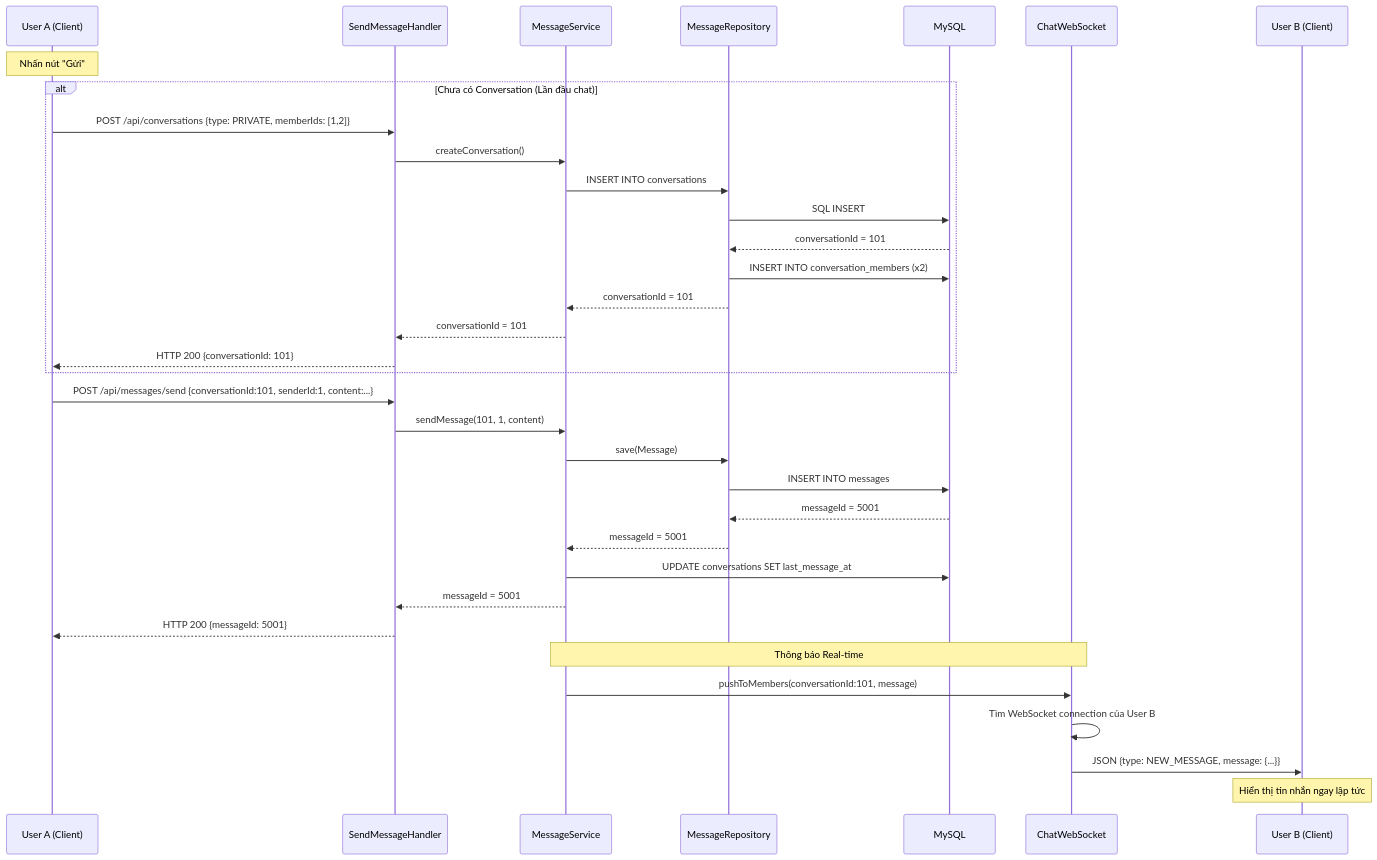
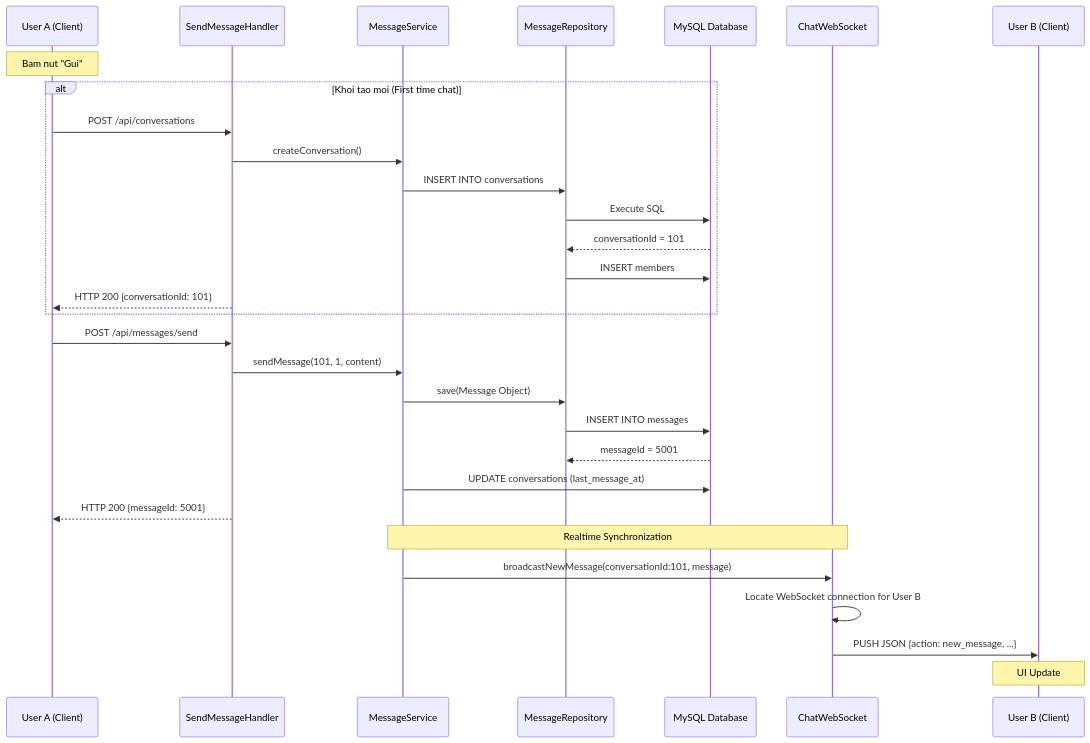
Before and after one commit to ThaiDevv/sinchat-network-programming: the diagram in DOCX/MESSAGE_FLOW_DETAILED.md, drawn with Mermaid. The commit also changed other lines of this file and 16 other files, not shown here.

````diff
--- a/DOCX/MESSAGE_FLOW_DETAILED.md
+++ b/DOCX/MESSAGE_FLOW_DETAILED.md
@@ -201,40 +51,36 @@
 ```mermaid
 sequenceDiagram
     participant A as User A (Client)
     participant H as SendMessageHandler
     participant S as MessageService
     participant R as MessageRepository
-    participant DB as MySQL
+    participant DB as MySQL Database
     participant WS as ChatWebSocket
     participant B as User B (Client)
 
-    Note over A: Nhấn nút "Gửi"
+    Note over A: Bam nut "Gui"
 
-    alt Chưa có Conversation (Lần đầu chat)
-        A->>H: POST /api/conversations {type: PRIVATE, memberIds: [1,2]}
+    alt Khoi tao moi (First time chat)
+        A->>H: POST /api/conversations
         H->>S: createConversation()
         S->>R: INSERT INTO conversations
-        R->>DB: SQL INSERT
+        R->>DB: Execute SQL
         DB-->>R: conversationId = 101
-        R->>DB: INSERT INTO conversation_members (x2)
-        R-->>S: conversationId = 101
-        S-->>H: conversationId = 101
+        R->>DB: INSERT members
         H-->>A: HTTP 200 {conversationId: 101}
     end
 
-    A->>H: POST /api/messages/send {conversationId:101, senderId:1, content:...}
+    A->>H: POST /api/messages/send
     H->>S: sendMessage(101, 1, content)
-    S->>R: save(Message)
+    S->>R: save(Message Object)
     R->>DB: INSERT INTO messages
     DB-->>R: messageId = 5001
-    R-->>S: messageId = 5001
-    S->>DB: UPDATE conversations SET last_message_at
-    S-->>H: messageId = 5001
+    S->>DB: UPDATE conversations (last_message_at)
     H-->>A: HTTP 200 {messageId: 5001}
 
-    Note over S,WS: Thông báo Real-time
-    S->>WS: pushToMembers(conversationId:101, message)
-    WS->>WS: Tìm WebSocket connection của User B
-    WS->>B: JSON {type: NEW_MESSAGE, message: {...}}
-    Note over B: Hiển thị tin nhắn ngay lập tức
+    Note over S,WS: Realtime Synchronization
+    S->>WS: broadcastNewMessage(conversationId:101, message)
+    WS->>WS: Locate WebSocket connection for User B
+    WS->>B: PUSH JSON {action: new_message, ...}
+    Note over B: UI Update
 ```
````
